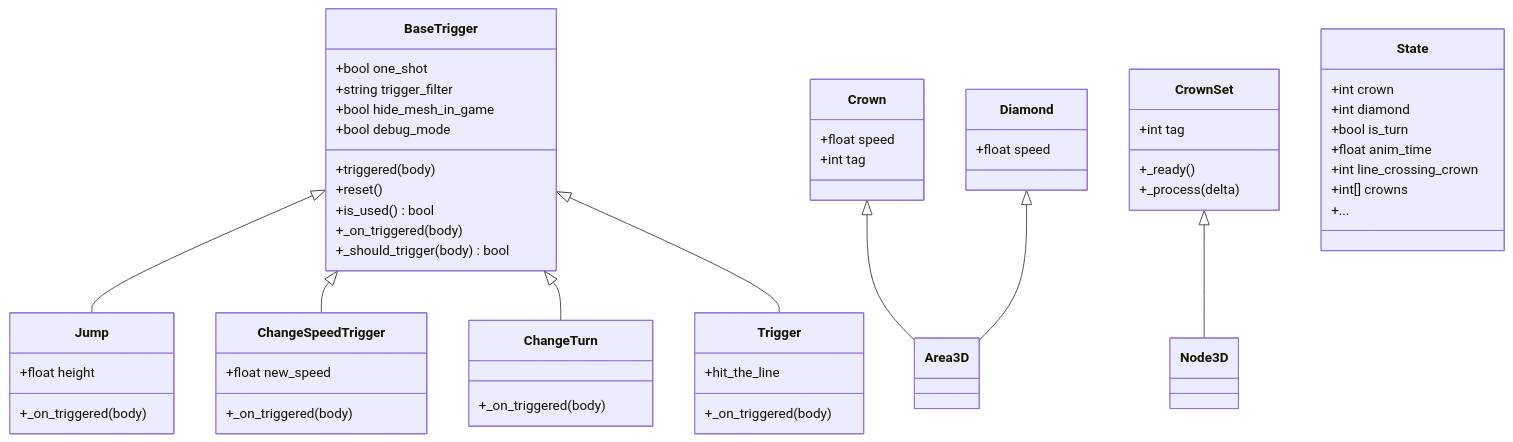
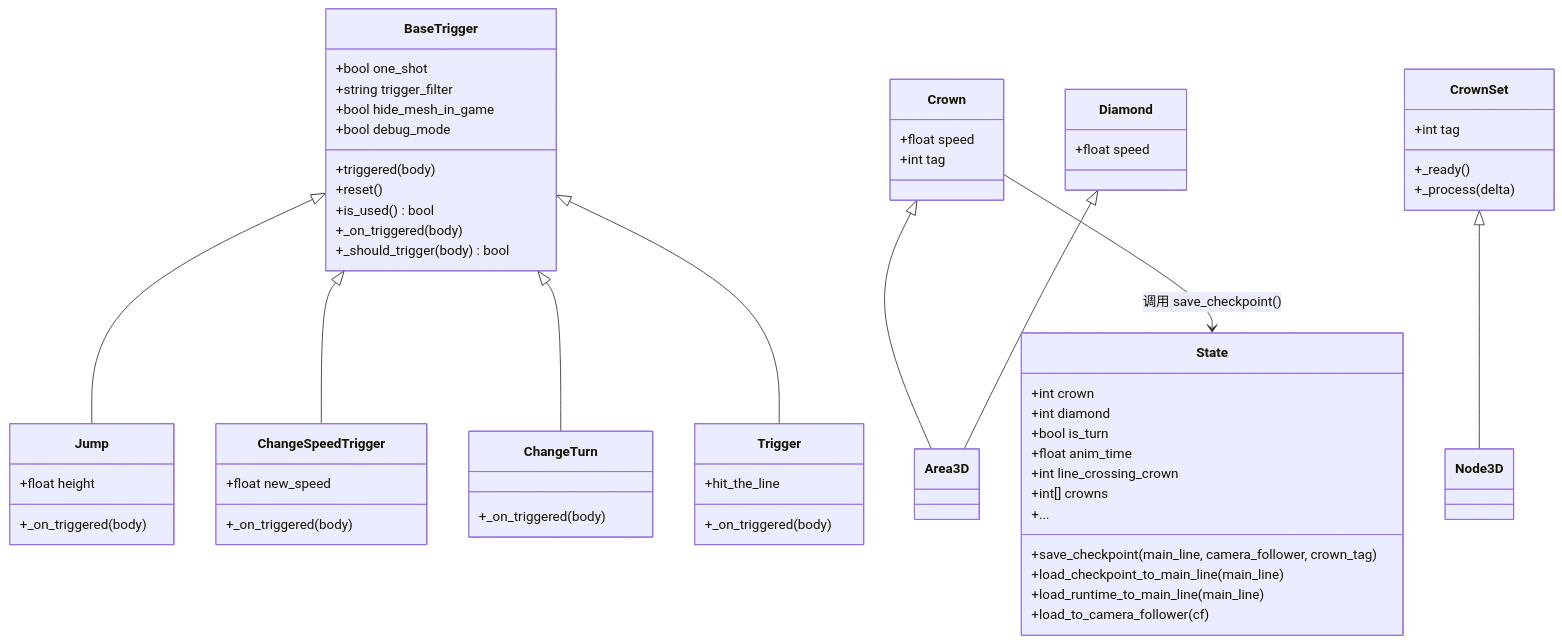
The seventh of 9 diagrams in .qoder/repowiki/zh/content/游戏系统/触发器系统/触发器系统.md (godotline/godot-line), drawn with Mermaid before and after one commit. The commit also changed other lines of this file and 687 other files, not shown here.

````diff
--- a/.qoder/repowiki/zh/content/游戏系统/触发器系统/触发器系统.md
+++ b/.qoder/repowiki/zh/content/游戏系统/触发器系统/触发器系统.md
@@ -397,57 +404,62 @@
 ```mermaid
 classDiagram
 class BaseTrigger {
 +bool one_shot
 +string trigger_filter
 +bool hide_mesh_in_game
 +bool debug_mode
 +triggered(body)
 +reset()
 +is_used() bool
 +_on_triggered(body)
 +_should_trigger(body) bool
 }
 class Jump {
 +float height
 +_on_triggered(body)
 }
 class ChangeSpeedTrigger {
 +float new_speed
 +_on_triggered(body)
 }
 class ChangeTurn {
 +_on_triggered(body)
 }
 class Trigger {
 +hit_the_line
 +_on_triggered(body)
 }
 class Crown {
 +float speed
 +int tag
 }
 class Diamond {
 +float speed
 }
 class CrownSet {
 +int tag
 +_ready()
 +_process(delta)
 }
 class State {
 +int crown
 +int diamond
 +bool is_turn
 +float anim_time
 +int line_crossing_crown
 +int[] crowns
++save_checkpoint(main_line, camera_follower, crown_tag)
++load_checkpoint_to_main_line(main_line)
++load_runtime_to_main_line(main_line)
++load_to_camera_follower(cf)
 +...
 }
 BaseTrigger <|-- Jump
 BaseTrigger <|-- ChangeSpeedTrigger
 BaseTrigger <|-- ChangeTurn
 BaseTrigger <|-- Trigger
 Crown <|-- Area3D
 Diamond <|-- Area3D
 CrownSet <|-- Node3D
+Crown --> State : 调用 save_checkpoint()
 ```
````
